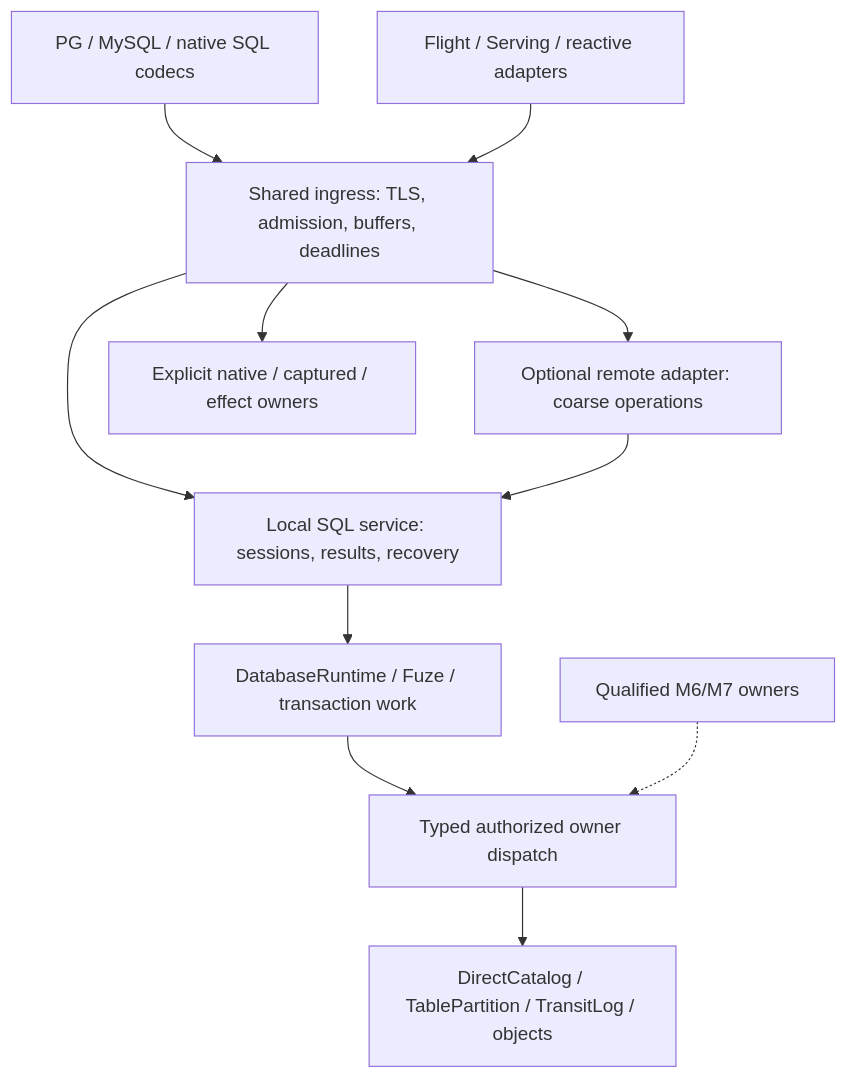
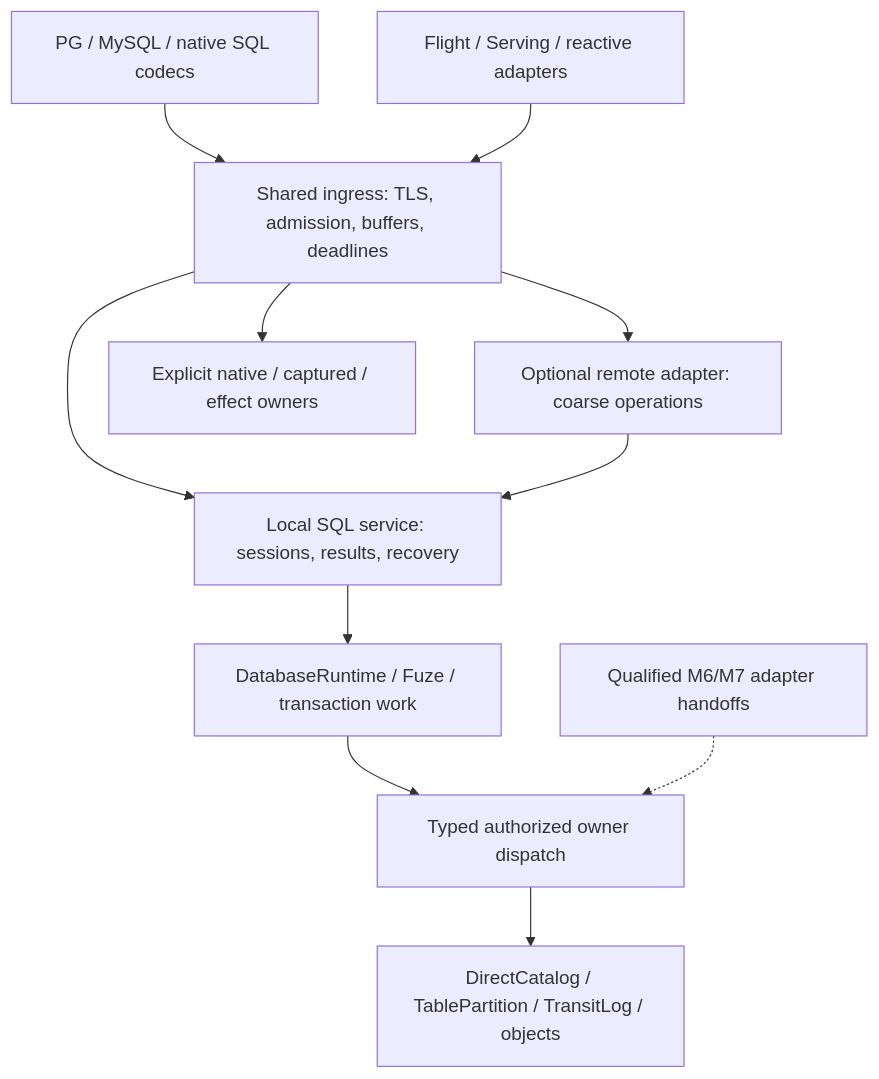
The diagram in docs/roadmap/08-gateway-architecture-and-protocol-ingress.md (spoke-sh/transit), drawn with Mermaid before and after one commit. The commit also changed other lines of this file and 1 other file, not shown here.

Commit message:
docs(roadmap): refresh milestone 8 gateway implementation plan

````diff
--- a/docs/roadmap/08-gateway-architecture-and-protocol-ingress.md
+++ b/docs/roadmap/08-gateway-architecture-and-protocol-ingress.md
@@ -497,13 +580,13 @@
 ```mermaid
 flowchart TD
   Wire["PG / MySQL / native SQL codecs"] --> Host["Shared ingress: TLS, admission, buffers, deadlines"]
   Host --> Local["Local SQL service: sessions, results, recovery"]
   Host --> Remote["Optional remote adapter: coarse operations"]
   Remote --> Local
   Local --> DB["DatabaseRuntime / Fuze / transaction work"]
   DB --> Typed["Typed authorized owner dispatch"]
   Typed --> Owners["DirectCatalog / TablePartition / TransitLog / objects"]
   Optional["Flight / Serving / reactive adapters"] --> Host
   Host --> Existing["Explicit native / captured / effect owners"]
-  Future["Qualified M6/M7 owners"] -.-> Typed
+  Future["Qualified M6/M7 adapter handoffs"] -.-> Typed
 ```
````
